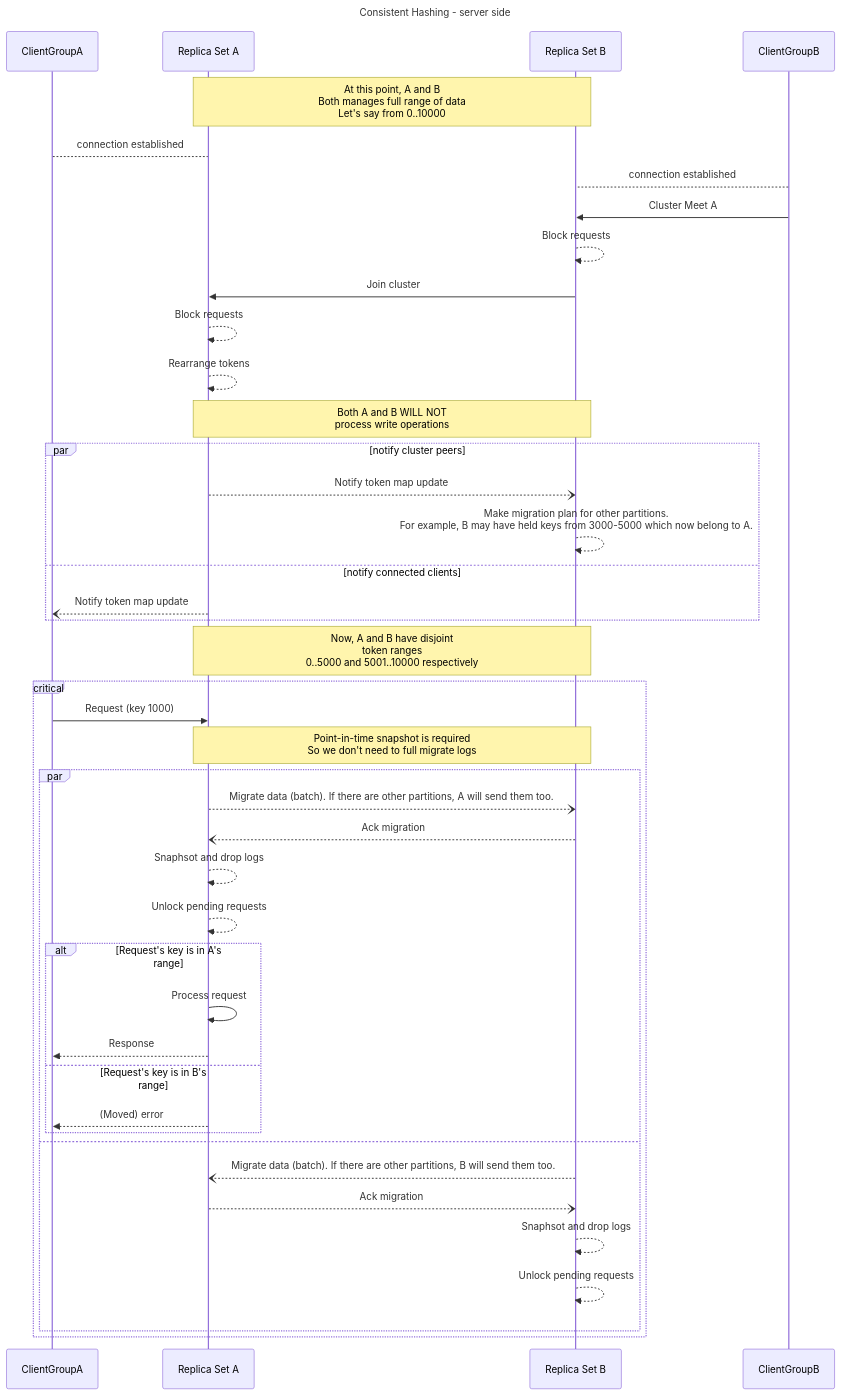
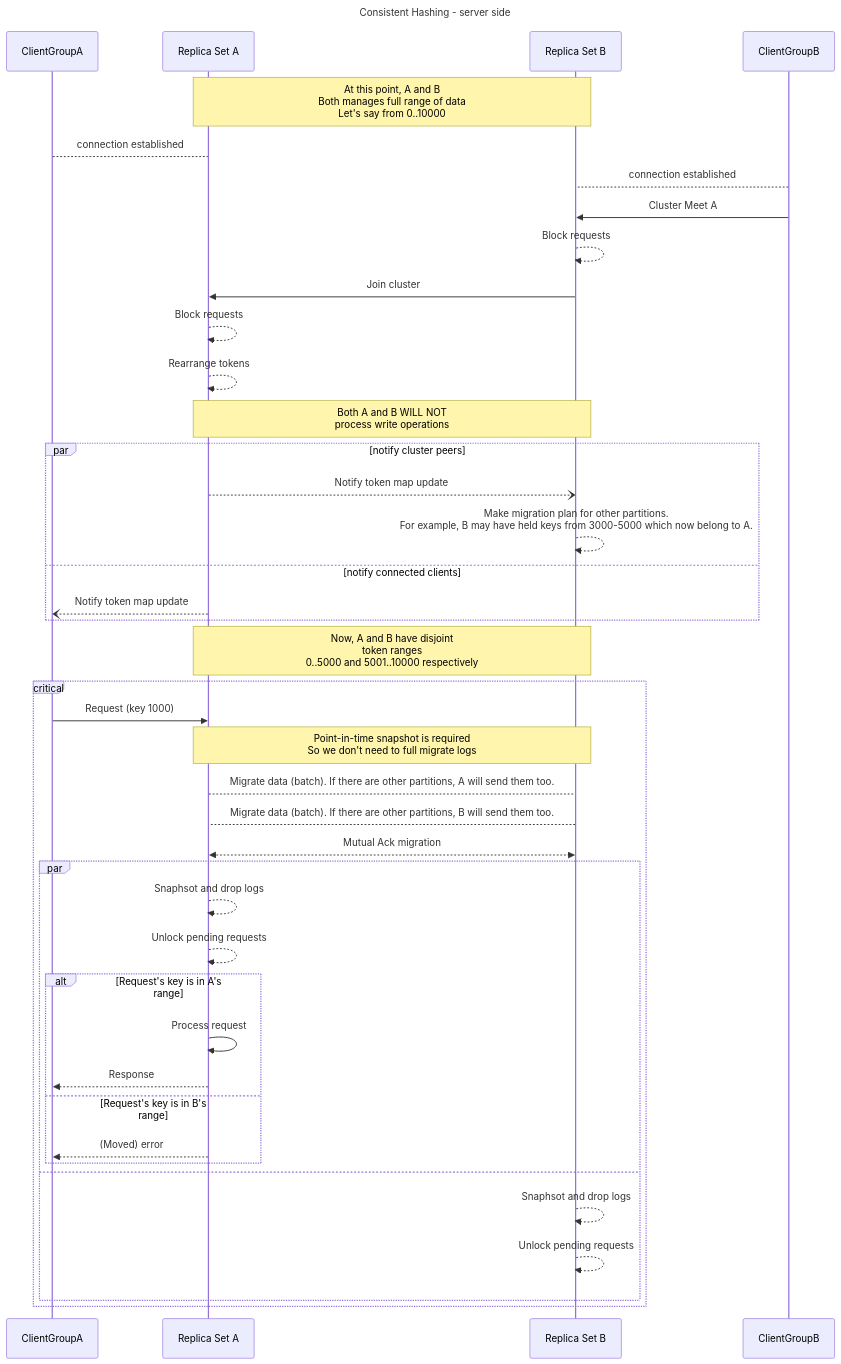
Before and after one commit to Migorithm/duva: the diagram in diagrams/consistent-hashing-server.mmd, drawn with Mermaid.

Commit message:
mutual ack added

```diff
--- a/diagrams/consistent-hashing-server.mmd
+++ b/diagrams/consistent-hashing-server.mmd
@@ -1,64 +1,66 @@
 ---
 title: Consistent Hashing - server side
 ---
 sequenceDiagram
     participant C1 as ClientGroupA
     
     participant A as Replica Set A
     participant B as Replica Set B
     
     participant C2 as ClientGroupB
 
 
     Note over A,B : At this point, A and B<br>Both manages full range of data<br>Let's say from 0..10000
     
     C1 --> A: connection established
     C2 --> B: connection established
 
     C2 ->> B: Cluster Meet A
 
     B -->> B : Block requests
     B ->> A : Join cluster
     A -->> A: Block requests
     A -->> A: Rearrange tokens
 
     note over A,B : Both A and B WILL NOT<br>process write operations
 
     
     
     par notify cluster peers
 
     
     A --) B : Notify token map update
     B -->> B : Make migration plan for other partitions.<br>For example, B may have held keys from 3000-5000 which now belong to A.
 
 
     and notify connected clients
     A --) C1 : Notify token map update
     end
 
     Note over A,B: Now, A and B have disjoint<br>token ranges<br>0..5000 and 5001..10000 respectively
 
     critical 
     C1 ->> A: Request (key 1000)
 
         Note over A, B: Point-in-time snapshot is required<br>So we don't need to full migrate logs
-        par
-            A --) B: Migrate data (batch). If there are other partitions, A will send them too.
-            B --) A: Ack migration
+        
+        A --> B: Migrate data (batch). If there are other partitions, A will send them too.
+        B --> A: Migrate data (batch). If there are other partitions, B will send them too.
+
+        %% The following may involves multi step migrations depending on the size of data
+        B <<-->> A: Mutual Ack migration
+
+        par 
             A -->> A: Snaphsot and drop logs
             A -->> A: Unlock pending requests
             alt Request's key is in A's range
                 A ->> A: Process request
                 A -->> C1: Response
             else Request's key is in B's range
                 A -->> C1: (Moved) error
             end
-
-        and 
-            B --) A: Migrate data (batch). If there are other partitions, B will send them too.
-            A --) B: Ack migration
+        and
             B -->> B: Snaphsot and drop logs
             B -->> B: Unlock pending requests
         end
     end
```
